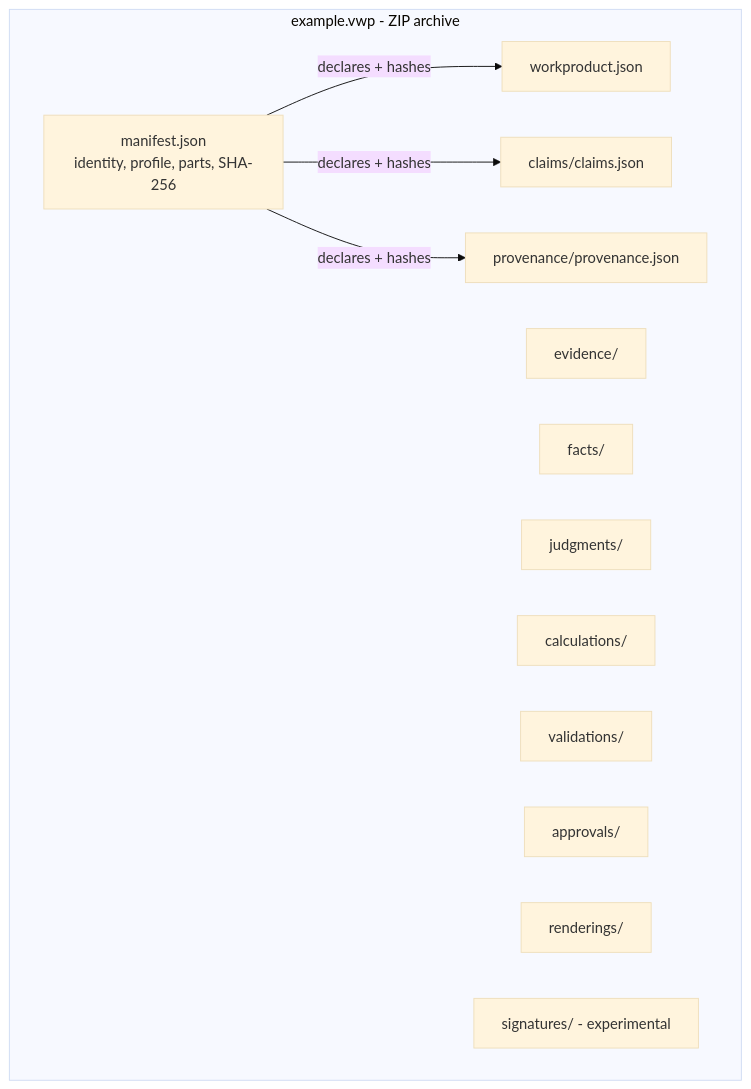
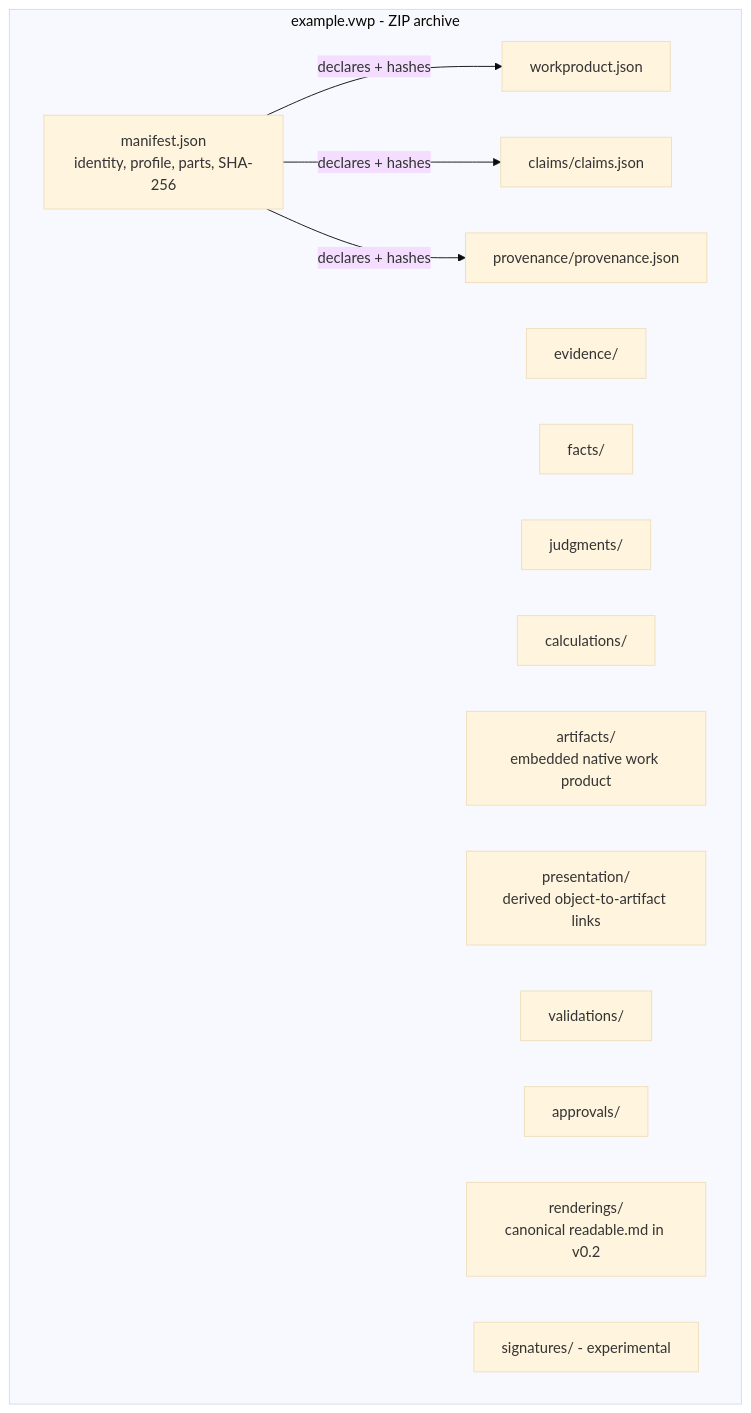
Before and after one commit to verifiable-work-product/vwp: the second of 2 diagrams in docs/diagrams/conceptual-model.md, drawn with Mermaid (base theme). The commit also changed other lines of this file and 35 other files, not shown here.

````diff
--- a/docs/diagrams/conceptual-model.md
+++ b/docs/diagrams/conceptual-model.md
@@ -21,20 +25,22 @@
 ```mermaid
 flowchart TD
     subgraph vwp [example.vwp - ZIP archive]
         M[manifest.json<br/>identity, profile, parts, SHA-256]
         W[workproduct.json]
         CL[claims/claims.json]
         P[provenance/provenance.json]
         EV[evidence/]
         FA[facts/]
         JU[judgments/]
         CA[calculations/]
+        AR[artifacts/<br/>embedded native work product]
+        PM[presentation/<br/>derived object-to-artifact links]
         VA[validations/]
         AP[approvals/]
-        RE[renderings/]
+        RE[renderings/<br/>canonical readable.md in v0.2]
         SI[signatures/ - experimental]
     end
     M -->|declares + hashes| W
     M -->|declares + hashes| CL
     M -->|declares + hashes| P
 ```
````
